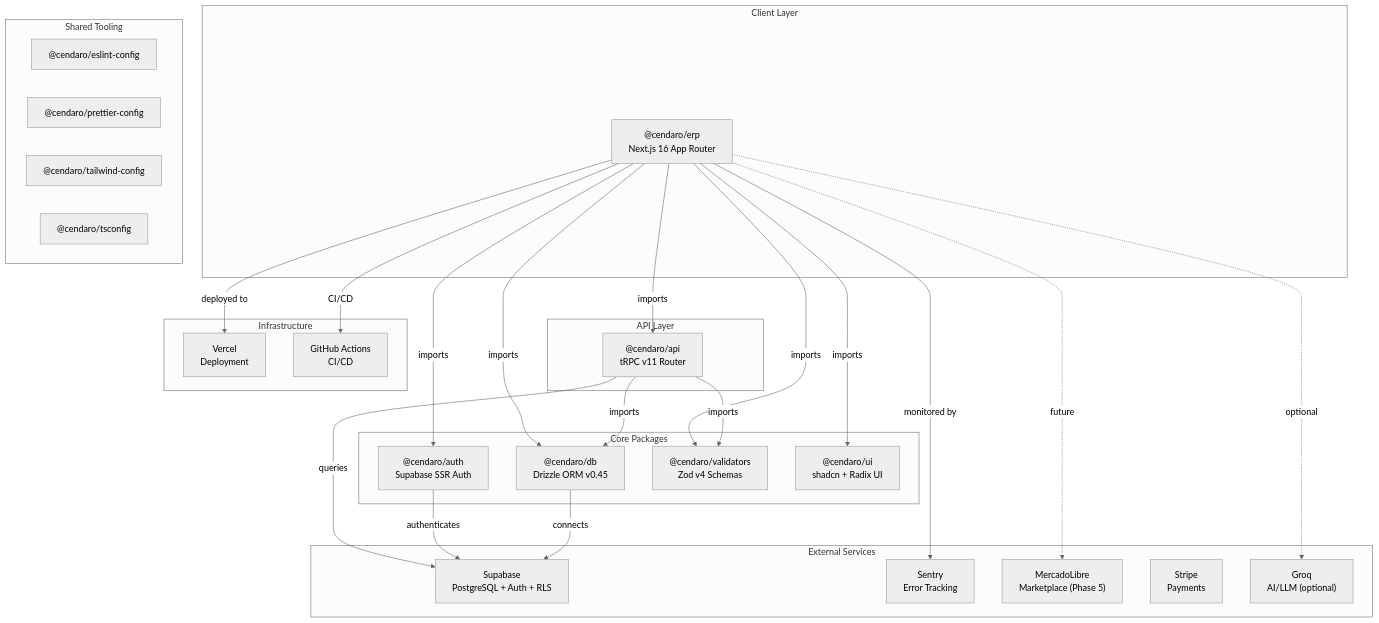
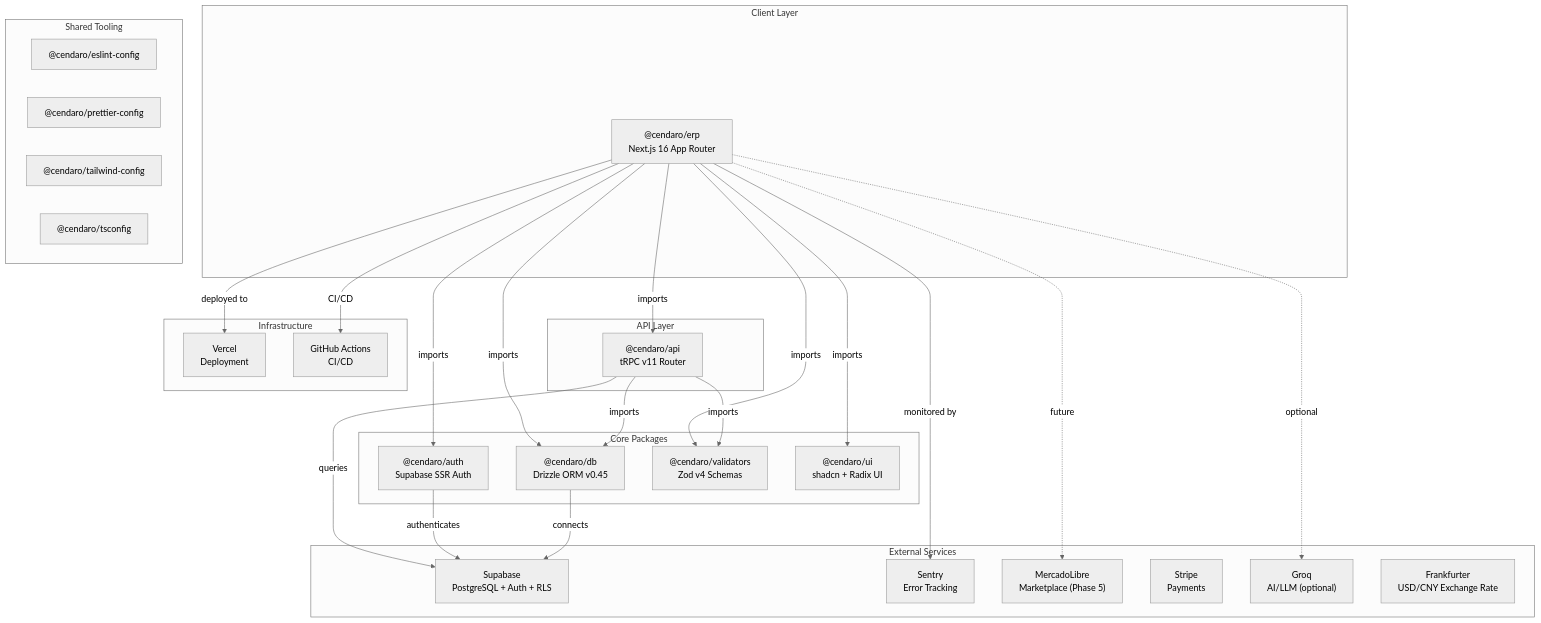
Before and after one commit to jesusjosezapata99-jpg/Cendaro: the first of 2 diagrams in .gemini/knowledge/architecture.md, drawn with Mermaid (neutral theme). The commit also changed 35 other files, not shown here.

Commit message:
feat: Introduce initial ERP application with core modules for catalog, inventory, sales, and exchange rate management.

````diff
--- a/.gemini/knowledge/architecture.md
+++ b/.gemini/knowledge/architecture.md
@@ -9,53 +9,54 @@
 ```mermaid
 graph TB
     subgraph Client["Client Layer"]
         ERP["@cendaro/erp<br/>Next.js 16 App Router"]
     end
 
     subgraph API["API Layer"]
         TRPC["@cendaro/api<br/>tRPC v11 Router"]
     end
 
     subgraph Core["Core Packages"]
         AUTH["@cendaro/auth<br/>Supabase SSR Auth"]
         DB["@cendaro/db<br/>Drizzle ORM v0.45"]
         VAL["@cendaro/validators<br/>Zod v4 Schemas"]
         UI["@cendaro/ui<br/>shadcn + Radix UI"]
     end
 
     subgraph Tooling["Shared Tooling"]
         ESL["@cendaro/eslint-config"]
         PRET["@cendaro/prettier-config"]
         TW["@cendaro/tailwind-config"]
         TSC["@cendaro/tsconfig"]
     end
 
     subgraph External["External Services"]
         SUPA["Supabase<br/>PostgreSQL + Auth + RLS"]
         SENTRY["Sentry<br/>Error Tracking"]
         MELI["MercadoLibre<br/>Marketplace (Phase 5)"]
         STRIPE["Stripe<br/>Payments"]
         GROQ["Groq<br/>AI/LLM (optional)"]
+        FRANK["Frankfurter<br/>USD/CNY Exchange Rate"]
     end
 
     subgraph Infra["Infrastructure"]
         VERCEL["Vercel<br/>Deployment"]
         GH["GitHub Actions<br/>CI/CD"]
     end
 
     ERP -->|imports| TRPC
     ERP -->|imports| AUTH
     ERP -->|imports| DB
     ERP -->|imports| UI
     ERP -->|imports| VAL
     TRPC -->|imports| DB
     TRPC -->|imports| VAL
     TRPC -->|queries| SUPA
     AUTH -->|authenticates| SUPA
     DB -->|connects| SUPA
     ERP -->|deployed to| VERCEL
     ERP -->|monitored by| SENTRY
     ERP -.->|future| MELI
     ERP -.->|optional| GROQ
     ERP -->|CI/CD| GH
 ```
````
